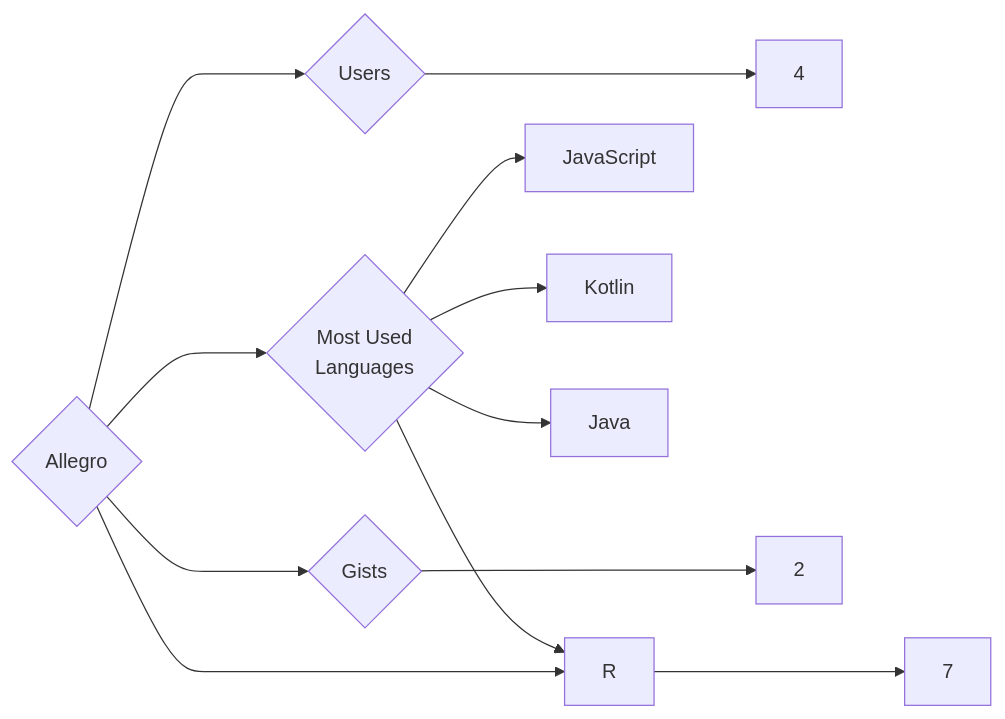
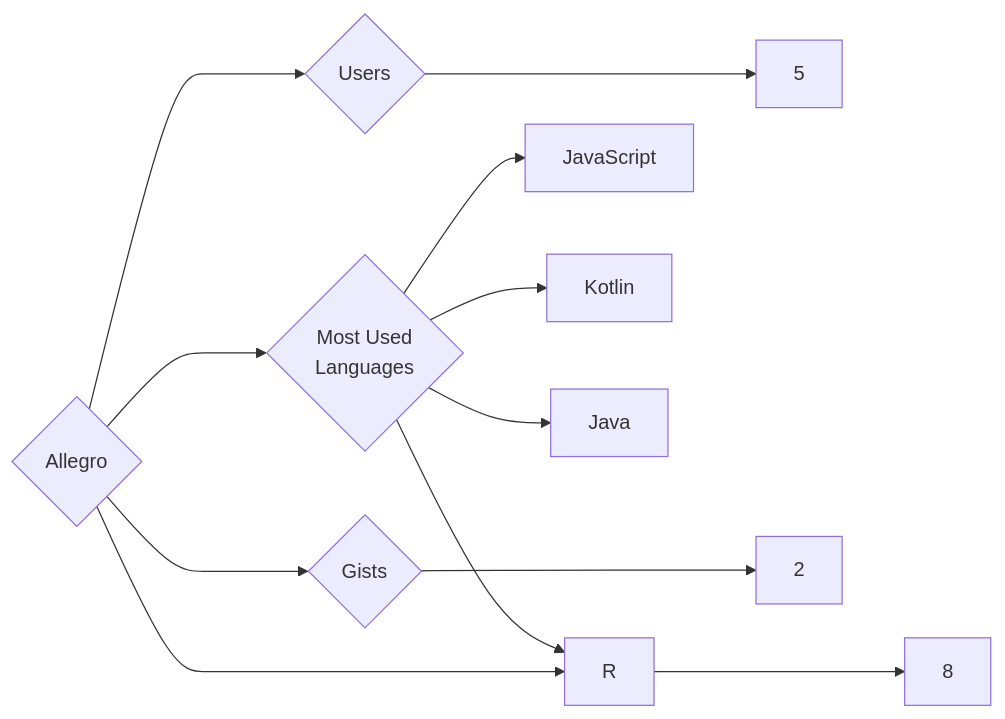
Before and after one commit to trickest/insiders: the diagram in targets/Allegro/README.md, drawn with Mermaid. The commit also changed 912 other files, not shown here.

````diff
--- a/targets/Allegro/README.md
+++ b/targets/Allegro/README.md
@@ -3,12 +3,12 @@
 ```mermaid
 graph LR
 COMPANY_NAME{Allegro}
-COMPANY_NAME ---> U{Users} ---> UN[4]
-COMPANY_NAME ---> R{Repositories} ---> RN[7]
+COMPANY_NAME ---> U{Users} ---> UN[5]
+COMPANY_NAME ---> R{Repositories} ---> RN[8]
 COMPANY_NAME ---> G{Gists} ---> GN[2]
 COMPANY_NAME ---> ML{Most Used<br>Languages}
 ML --> JavaScript[JavaScript]
 ML --> R[R]
 ML --> Kotlin[Kotlin]
 ML --> Java[Java]
 ```
````
